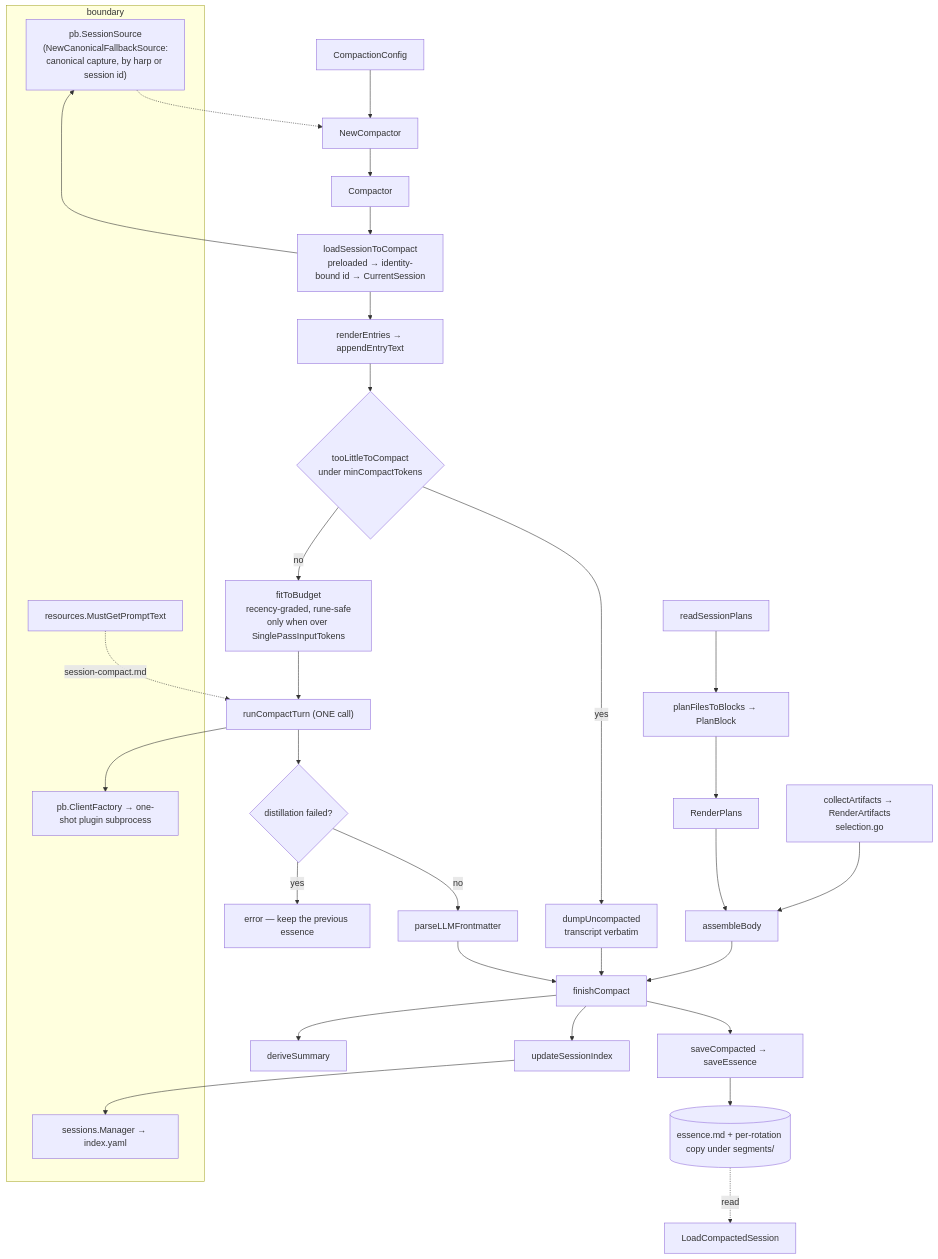
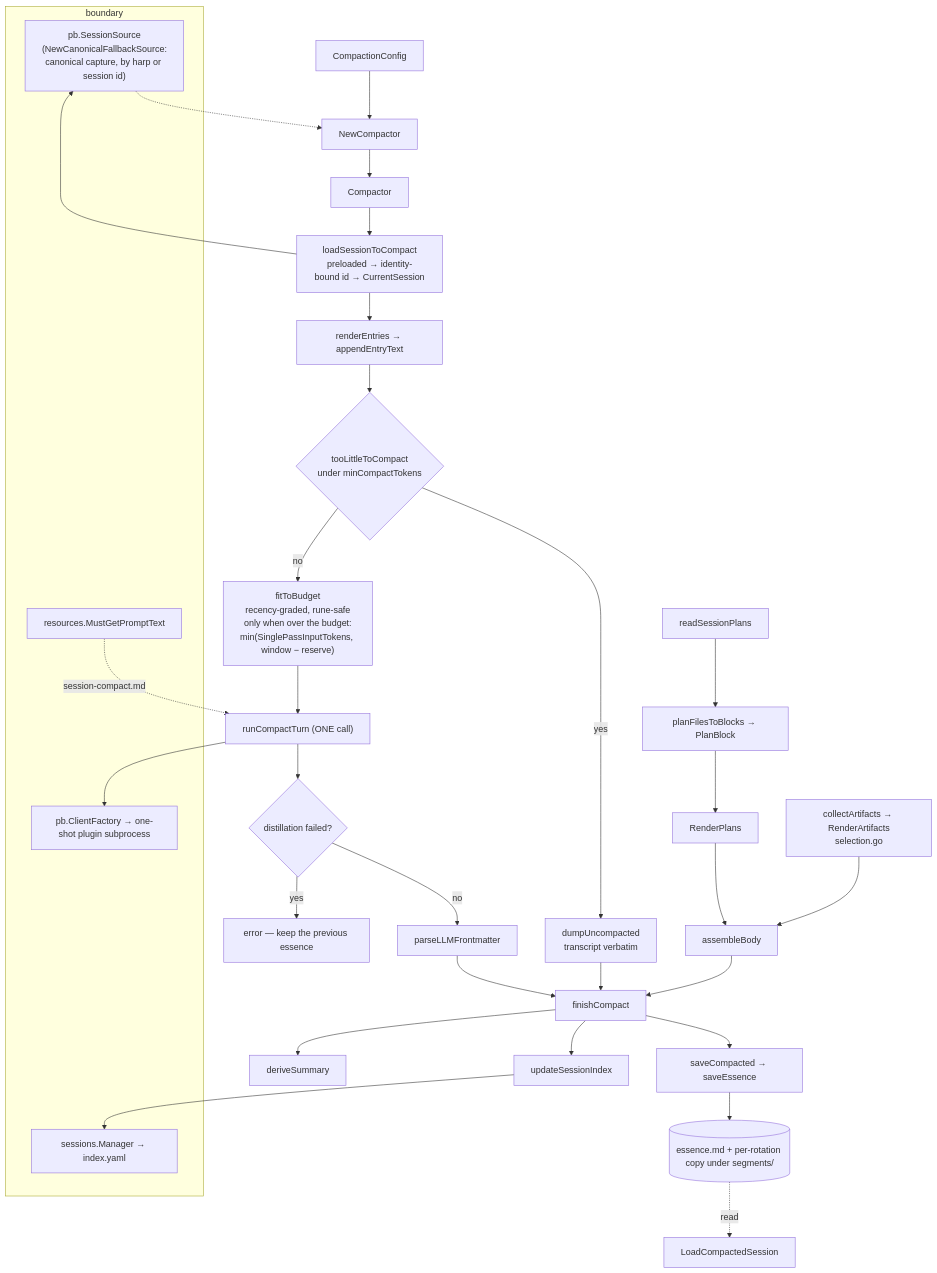
Before and after one commit to ctxloom/ctxloom: the diagram in docs/architecture/companions/memory.md, drawn with Mermaid. The commit also changed other lines of this file and 16 other files, not shown here.

````diff
--- a/docs/architecture/companions/memory.md
+++ b/docs/architecture/companions/memory.md
@@ -28,41 +28,41 @@
 ```mermaid
 flowchart TD
   subgraph ext["boundary"]
     SRC["pb.SessionSource<br/>(NewCanonicalFallbackSource:<br/>canonical capture, by harp or session id)"]
     LLM["pb.ClientFactory → one-shot plugin subprocess"]
     IDX["sessions.Manager → index.yaml"]
     RES["resources.MustGetPromptText"]
   end
 
   CFG["CompactionConfig"] --> NC["NewCompactor"]
   SRC -.-> NC
   NC --> C["Compactor"]
 
   C --> LS["loadSessionToCompact<br/>preloaded → identity-bound id → CurrentSession"]
   LS --> SRC
   LS --> S2T["renderEntries → appendEntryText"]
   S2T --> ES{"tooLittleToCompact<br/>under minCompactTokens"}
 
   ES -->|yes| DUMP["dumpUncompacted<br/>transcript verbatim"]
-  ES -->|no| FB["fitToBudget<br/>recency-graded, rune-safe<br/>only when over SinglePassInputTokens"]
+  ES -->|no| FB["fitToBudget<br/>recency-graded, rune-safe<br/>only when over the budget:<br/>min(SinglePassInputTokens, window − reserve)"]
   FB --> RD["runCompactTurn (ONE call)"]
   RD --> LLM
   RES -.->|"session-compact.md"| RD
   RD --> ABORT{"distillation failed?"}
   ABORT -->|yes| ERR["error — keep the previous essence"]
   ABORT -->|no| PFM["parseLLMFrontmatter"]
 
   PLANS["readSessionPlans"] --> PB["planFilesToBlocks → PlanBlock"]
   PB --> RP["RenderPlans"] --> AB["assembleBody"]
   ART["collectArtifacts → RenderArtifacts<br/>selection.go"] --> AB
 
   PFM --> FIN["finishCompact"]
   DUMP --> FIN
   AB --> FIN
   FIN --> DS["deriveSummary"]
   FIN --> SD["saveCompacted → saveEssence"]
   FIN --> USI["updateSessionIndex"] --> IDX
 
   SD --> OUT[("essence.md + per-rotation copy under segments/")]
   OUT -.read.-> LOAD["LoadCompactedSession"]
 ```
````
